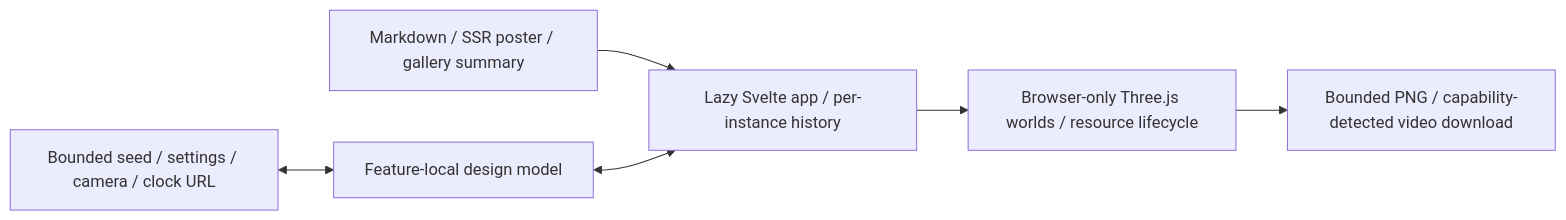
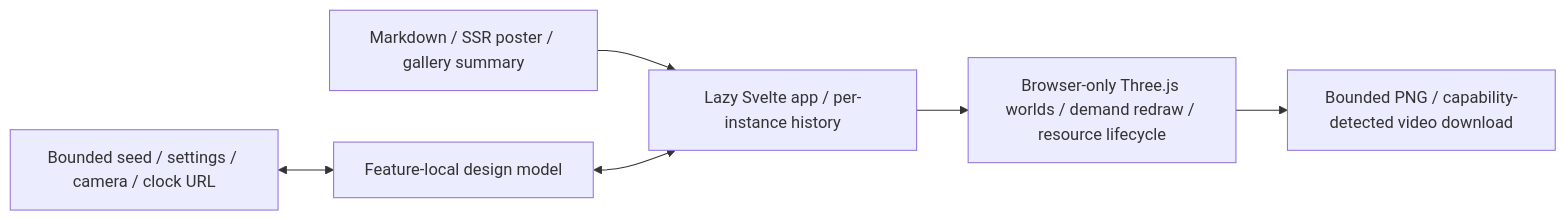
One commit to suvrotica/suvroghosh-in changed diagram 15 of 38 in docs/architecture/ARCHITECTURE.md. Above: the diagram before and after it, drawn with Mermaid. The commit also changed other lines of this file and 5 other files, not shown here.

````diff
--- a/docs/architecture/ARCHITECTURE.md
+++ b/docs/architecture/ARCHITECTURE.md
@@ -866,8 +872,8 @@
 ```mermaid
 flowchart LR
     MatterArticle["Markdown / SSR poster / gallery summary"] --> MatterShell["Lazy Svelte app / per-instance history"]
     MatterURL["Bounded seed / settings / camera / clock URL"] <--> MatterModel["Feature-local design model"]
     MatterModel <--> MatterShell
-    MatterShell --> MatterRenderer["Browser-only Three.js worlds / resource lifecycle"]
+    MatterShell --> MatterRenderer["Browser-only Three.js worlds / demand redraw / resource lifecycle"]
     MatterRenderer --> MatterExport["Bounded PNG / capability-detected video download"]
 ```
````
